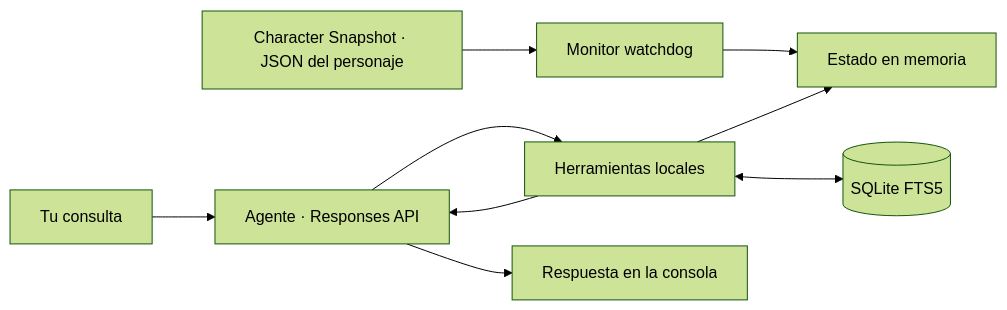
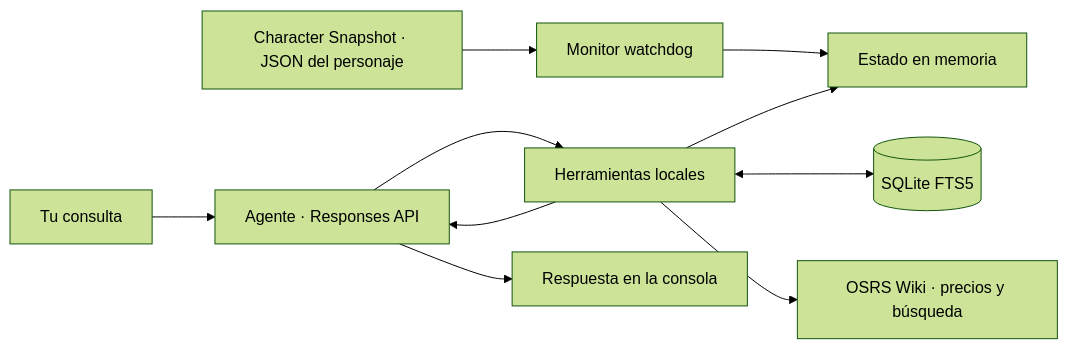
The diagram in README.md (mauricio-castano-dev/osrs-gpt-companion), drawn with Mermaid (forest theme) before and after one commit. The commit also changed other lines of this file and 11 other files, not shown here.

Commit message:
feat: add granular state queries and OSRS Wiki tools

````diff
--- a/README.md
+++ b/README.md
@@ -108,11 +112,12 @@
 ```mermaid
 flowchart LR
     R[Character Snapshot · JSON del personaje] --> W[Monitor watchdog]
     W --> C[Estado en memoria]
     U[Tu consulta] --> A[Agente · Responses API]
     A --> T[Herramientas locales]
     T --> C
     T <--> M[(SQLite FTS5)]
+    T --> E[OSRS Wiki · precios y búsqueda]
     T --> A
     A --> F[Respuesta en la consola]
 ```
````
